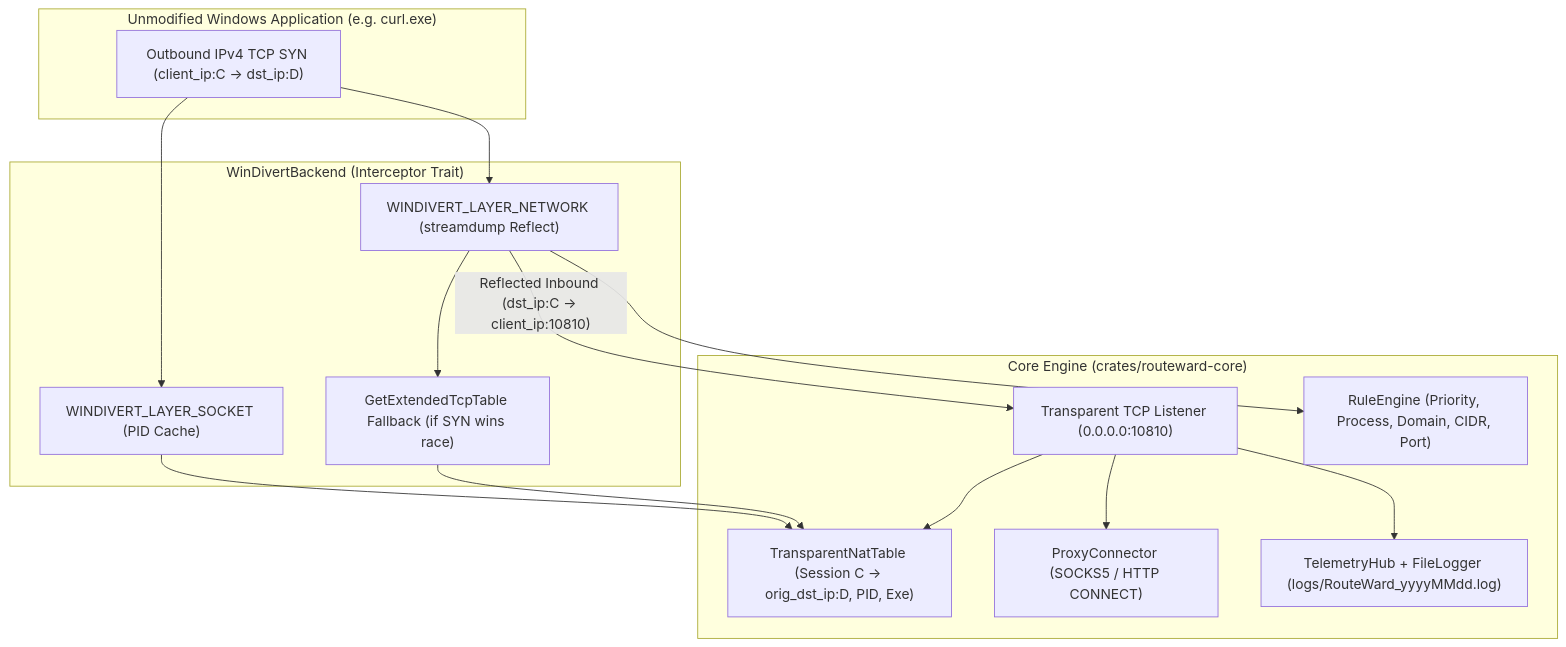
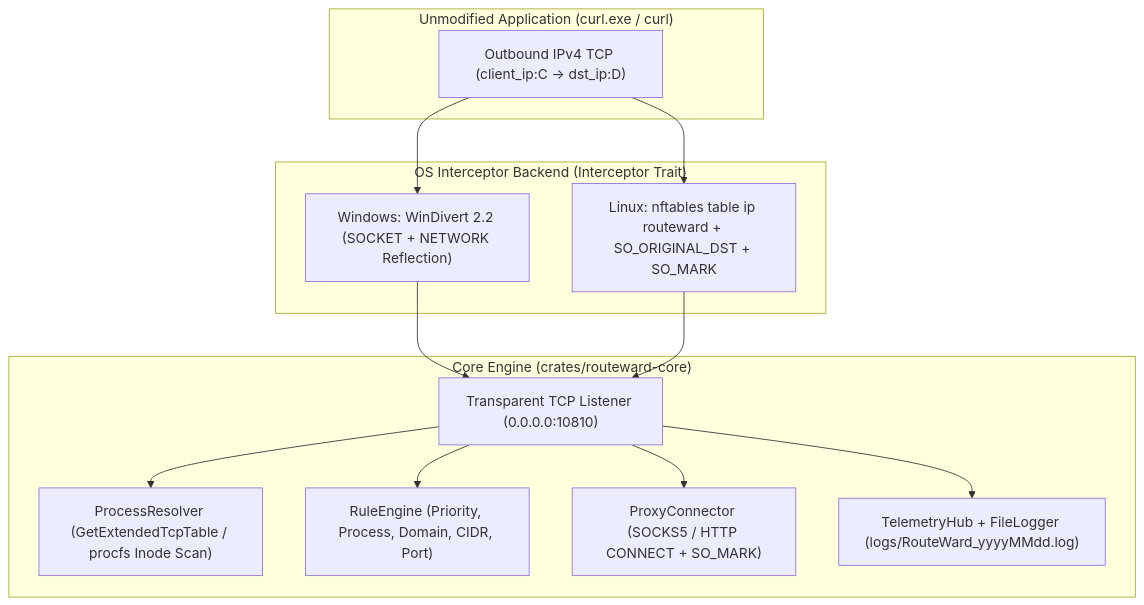
Before and after one commit to VBlackJack/routeward: the diagram in docs/architecture.md, drawn with Mermaid. The commit also changed other lines of this file and 25 other files, not shown here.

Commit message:
feat(linux): implement nftables transparent IPv4 TCP interception and container test suite

````diff
--- a/docs/architecture.md
+++ b/docs/architecture.md
@@ -17,31 +28,28 @@
 ```mermaid
 flowchart TD
-    subgraph ClientApp["Unmodified Windows Application (e.g. curl.exe)"]
-        Curl["Outbound IPv4 TCP SYN (client_ip:C -> dst_ip:D)"]
+    subgraph ClientApp["Unmodified Application (curl.exe / curl)"]
+        Curl["Outbound IPv4 TCP (client_ip:C -> dst_ip:D)"]
     end
 
-    subgraph WinDivert["WinDivertBackend (Interceptor Trait)"]
-        SockLayer["WINDIVERT_LAYER_SOCKET (PID Cache)"]
-        NetLayer["WINDIVERT_LAYER_NETWORK (streamdump Reflect)"]
-        PidFallback["GetExtendedTcpTable Fallback (if SYN wins race)"]
+    subgraph OSBackend["OS Interceptor Backend (Interceptor Trait)"]
+        WinBackend["Windows: WinDivert 2.2 (SOCKET + NETWORK Reflection)"]
+        LinBackend["Linux: nftables table ip routeward + SO_ORIGINAL_DST + SO_MARK"]
     end
 
     subgraph Core["Core Engine (crates/routeward-core)"]
-        NatTable["TransparentNatTable (Session C -> orig_dst_ip:D, PID, Exe)"]
+        ProcRes["ProcessResolver (GetExtendedTcpTable / procfs Inode Scan)"]
         TransRelay["Transparent TCP Listener (0.0.0.0:10810)"]
         RuleEngine["RuleEngine (Priority, Process, Domain, CIDR, Port)"]
-        ProxyConnector["ProxyConnector (SOCKS5 / HTTP CONNECT)"]
+        ProxyConnector["ProxyConnector (SOCKS5 / HTTP CONNECT + SO_MARK)"]
         Telemetry["TelemetryHub + FileLogger (logs/RouteWard_yyyyMMdd.log)"]
     end
 
-    Curl --> SockLayer
-    Curl --> NetLayer
-    SockLayer --> NatTable
-    NetLayer --> PidFallback
-    PidFallback --> NatTable
-    NetLayer --> RuleEngine
-    NetLayer -->|"Reflected Inbound (dst_ip:C -> client_ip:10810)"| TransRelay
-    TransRelay --> NatTable
+    Curl --> WinBackend
+    Curl --> LinBackend
+    WinBackend --> TransRelay
+    LinBackend --> TransRelay
+    TransRelay --> ProcRes
+    TransRelay --> RuleEngine
     TransRelay --> ProxyConnector
     TransRelay --> Telemetry
 ```
````
